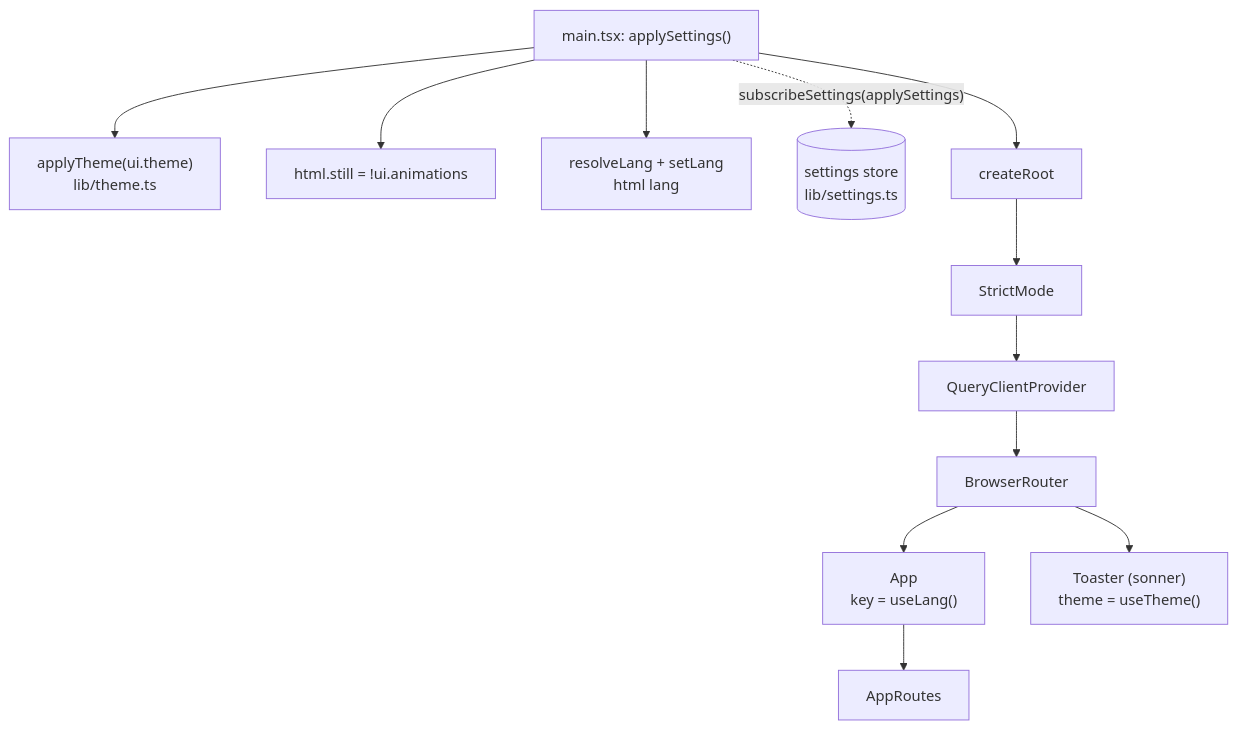
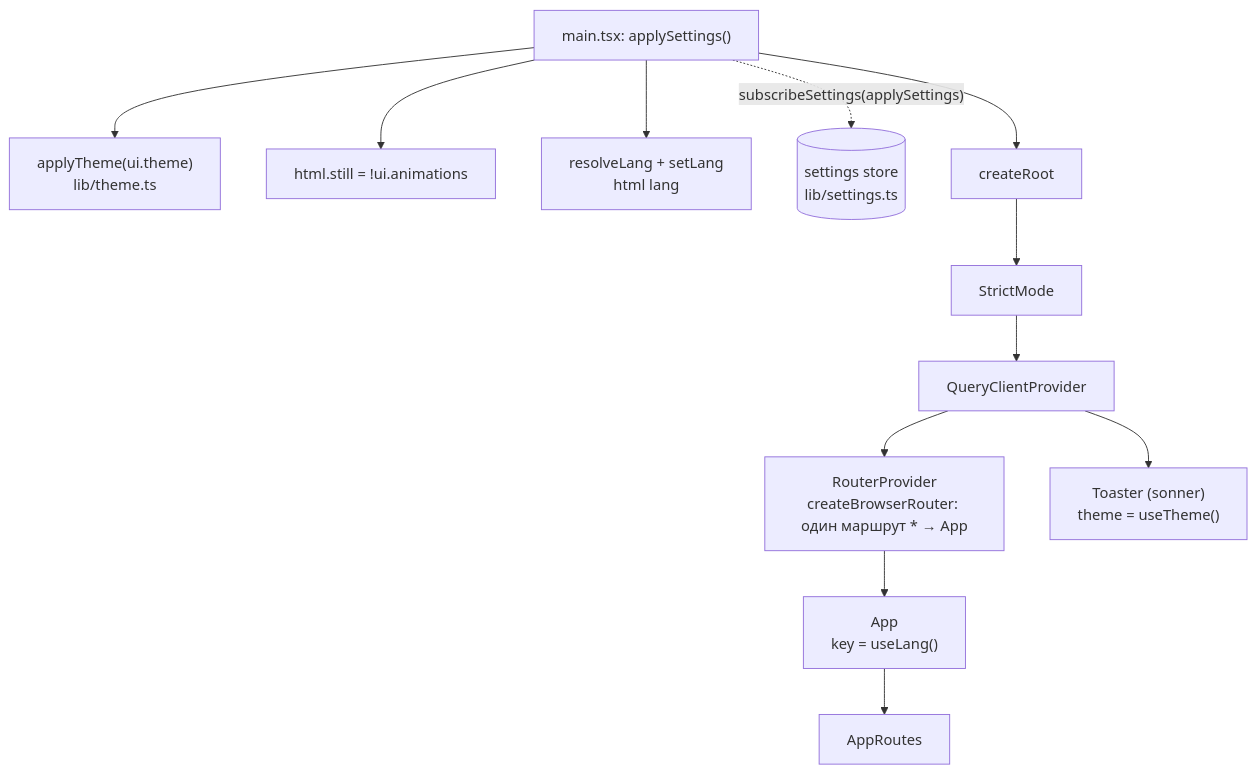
One commit to NikitkaZXC/tcloud-frontend changed the first of 7 diagrams in docs/architecture.md. Above: the diagram before and after it, drawn with Mermaid. The commit also changed other lines of this file and 7 other files, not shown here.

````diff
--- a/docs/architecture.md
+++ b/docs/architecture.md
@@ -11,14 +11,14 @@
 ```mermaid
 flowchart TD
     boot["main.tsx: applySettings()"] --> theme["applyTheme(ui.theme)<br/>lib/theme.ts"]
     boot --> still["html.still = !ui.animations"]
     boot --> lang["resolveLang + setLang<br/>html lang"]
     boot -. "subscribeSettings(applySettings)" .-> store[("settings store<br/>lib/settings.ts")]
     boot --> root["createRoot"]
     root --> strict["StrictMode"]
     strict --> qc["QueryClientProvider"]
-    qc --> router["BrowserRouter"]
+    qc --> router["RouterProvider<br/>createBrowserRouter: один маршрут * → App"]
     router --> app["App<br/>key = useLang()"]
-    router --> toaster["Toaster (sonner)<br/>theme = useTheme()"]
+    qc --> toaster["Toaster (sonner)<br/>theme = useTheme()"]
     app --> routes["AppRoutes"]
 ```
````
